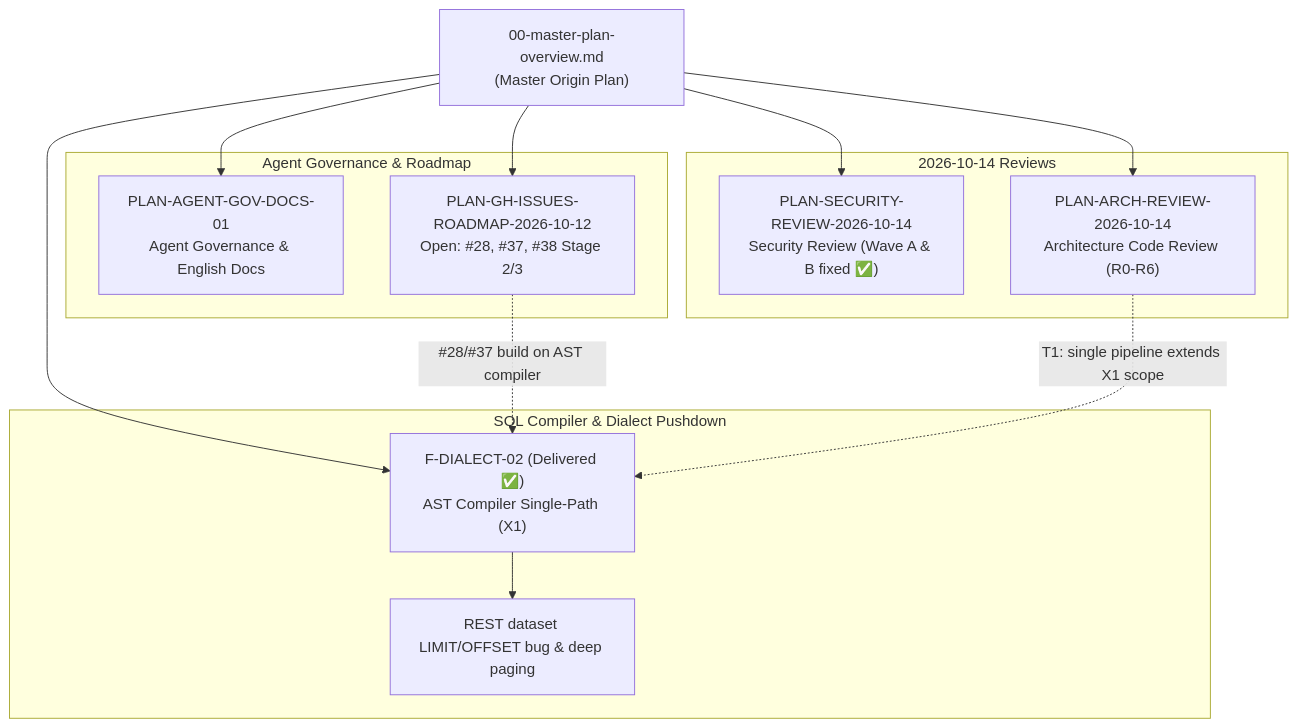
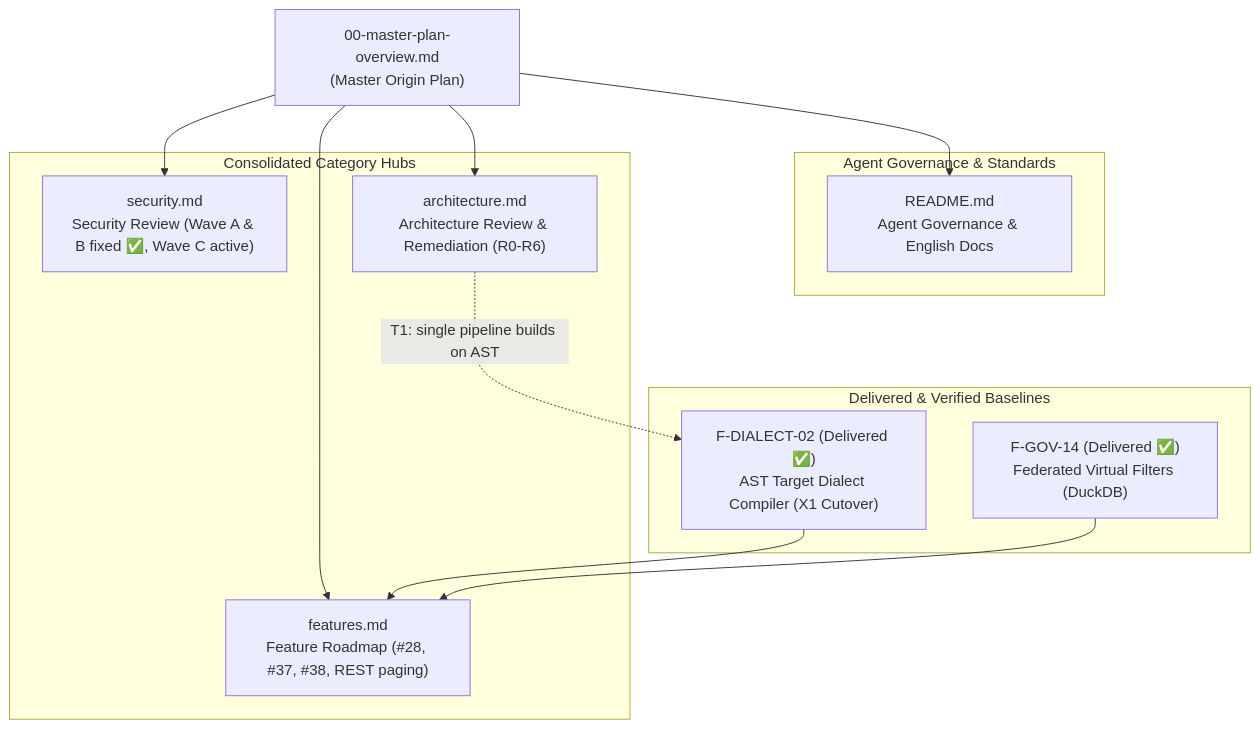
The diagram in docs/plans/00-master-plan-overview.md (themulle/autheris), drawn with Mermaid before and after one commit. The commit also changed other lines of this file and 20 other files, not shown here.

Commit message:
docs(plans): consolidate planning into security.md, architecture.md, and features.md

````diff
--- a/docs/plans/00-master-plan-overview.md
+++ b/docs/plans/00-master-plan-overview.md
@@ -38,28 +40,27 @@
 ```mermaid
 flowchart TD
     MP["00-master-plan-overview.md<br/>(Master Origin Plan)"]
 
-    subgraph Governance ["Agent Governance & Roadmap"]
-        AG["PLAN-AGENT-GOV-DOCS-01<br/>Agent Governance & English Docs"]
-        GHI["PLAN-GH-ISSUES-ROADMAP-2026-10-12<br/>Open: #28, #37, #38 Stage 2/3"]
+    subgraph Governance ["Agent Governance & Standards"]
+        AG["README.md<br/>Agent Governance & English Docs"]
     end
 
-    subgraph Reviews ["2026-10-14 Reviews"]
-        SR["PLAN-SECURITY-REVIEW-2026-10-14<br/>Security Review (Wave A & B fixed ✅)"]
-        AR["PLAN-ARCH-REVIEW-2026-10-14<br/>Architecture Code Review (R0-R6)"]
+    subgraph Categories ["Consolidated Category Hubs"]
+        SR["security.md<br/>Security Review (Wave A & B fixed ✅, Wave C active)"]
+        AR["architecture.md<br/>Architecture Review & Remediation (R0-R6)"]
+        FT["features.md<br/>Feature Roadmap (#28, #37, #38, REST paging)"]
     end
 
-    subgraph SqlCompiler ["SQL Compiler & Dialect Pushdown"]
-        ADG["F-DIALECT-02 (Delivered ✅)<br/>AST Compiler Single-Path (X1)"]
-        RDP["REST dataset LIMIT/OFFSET bug & deep paging"]
+    subgraph Delivered ["Delivered & Verified Baselines"]
+        ADG["F-DIALECT-02 (Delivered ✅)<br/>AST Target Dialect Compiler (X1 Cutover)"]
+        VF["F-GOV-14 (Delivered ✅)<br/>Federated Virtual Filters (DuckDB)"]
     end
 
     MP --> AG
-    MP --> GHI
     MP --> SR
     MP --> AR
-    MP --> ADG
-    ADG --> RDP
-    GHI -.->|"#28/#37 build on AST compiler"| ADG
-    AR -.->|"T1: single pipeline extends X1 scope"| ADG
+    MP --> FT
+    ADG --> FT
+    VF --> FT
+    AR -.->|"T1: single pipeline builds on AST"| ADG
 ```
````
